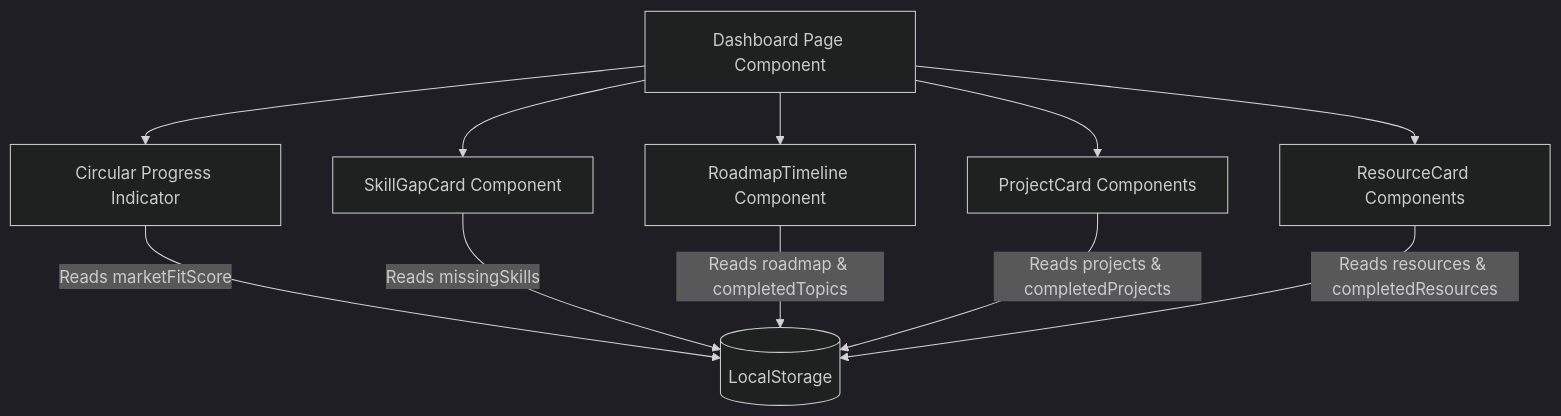
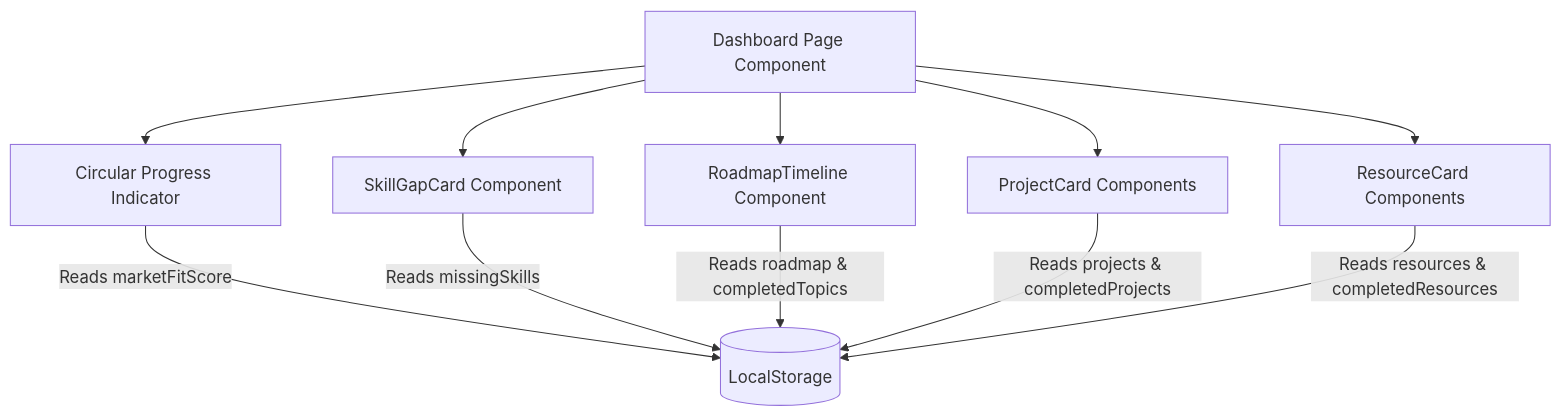
The fifth of 6 diagrams in frontend/INFRASTRUCTURE.md (sharmaakash-198/Career-Compass), drawn with Mermaid before and after one commit. The commit also changed other lines of this file and 8 other files, not shown here.

````diff
--- a/frontend/INFRASTRUCTURE.md
+++ b/frontend/INFRASTRUCTURE.md
@@ -349,16 +268,15 @@
 ```mermaid
-%%{init: {'theme': 'dark'}}%%
 graph TD
     DashboardPage[Dashboard Page Component]
     DashboardPage --> circularRing[Circular Progress Indicator]
     DashboardPage --> gapsCard[SkillGapCard Component]
     DashboardPage --> timelineNode[RoadmapTimeline Component]
     DashboardPage --> projCard[ProjectCard Components]
     DashboardPage --> resCard[ResourceCard Components]
     
     circularRing -->|Reads marketFitScore| localDB[(LocalStorage)]
     gapsCard -->|Reads missingSkills| localDB
     timelineNode -->|Reads roadmap & completedTopics| localDB
     projCard -->|Reads projects & completedProjects| localDB
     resCard -->|Reads resources & completedResources| localDB
 ```
````
